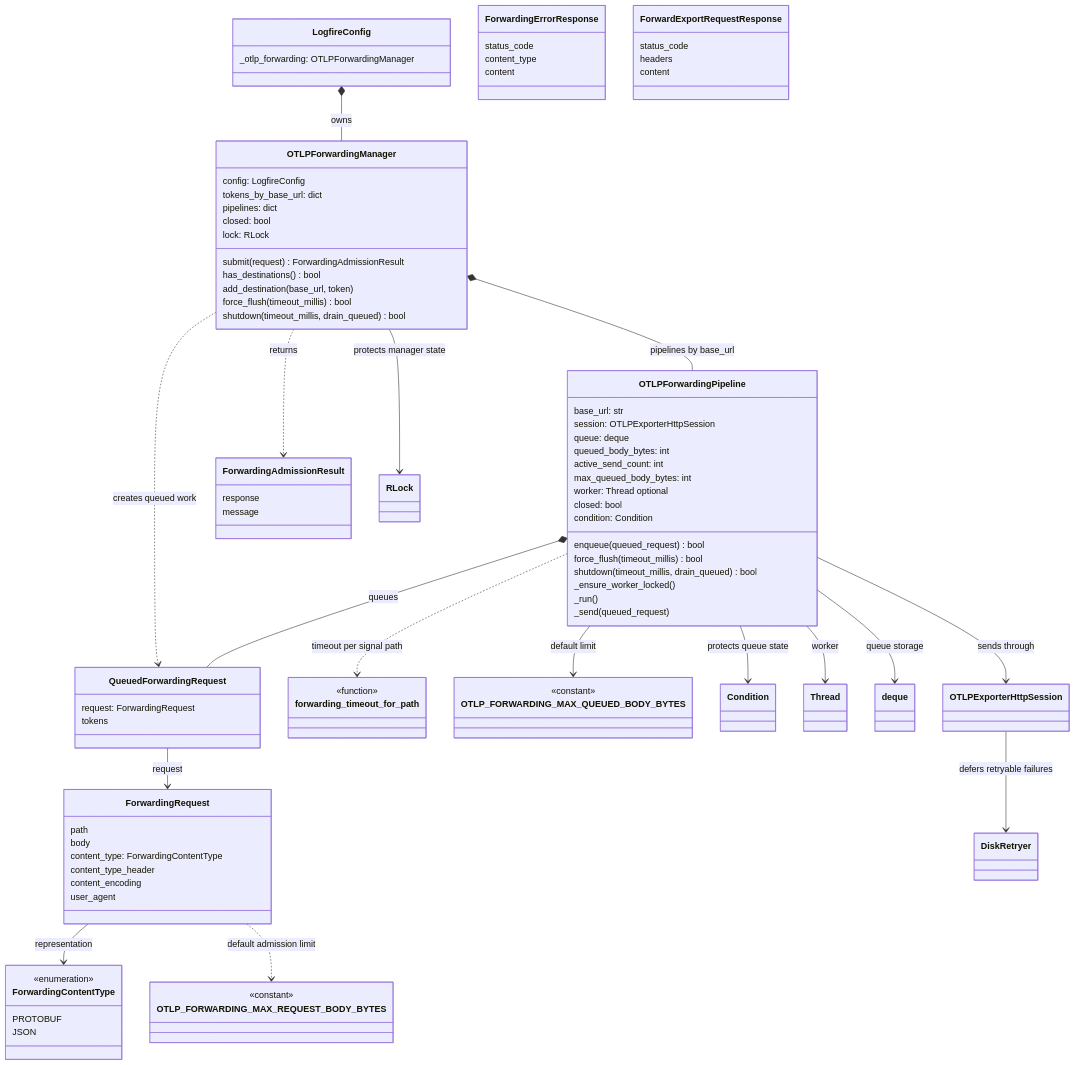
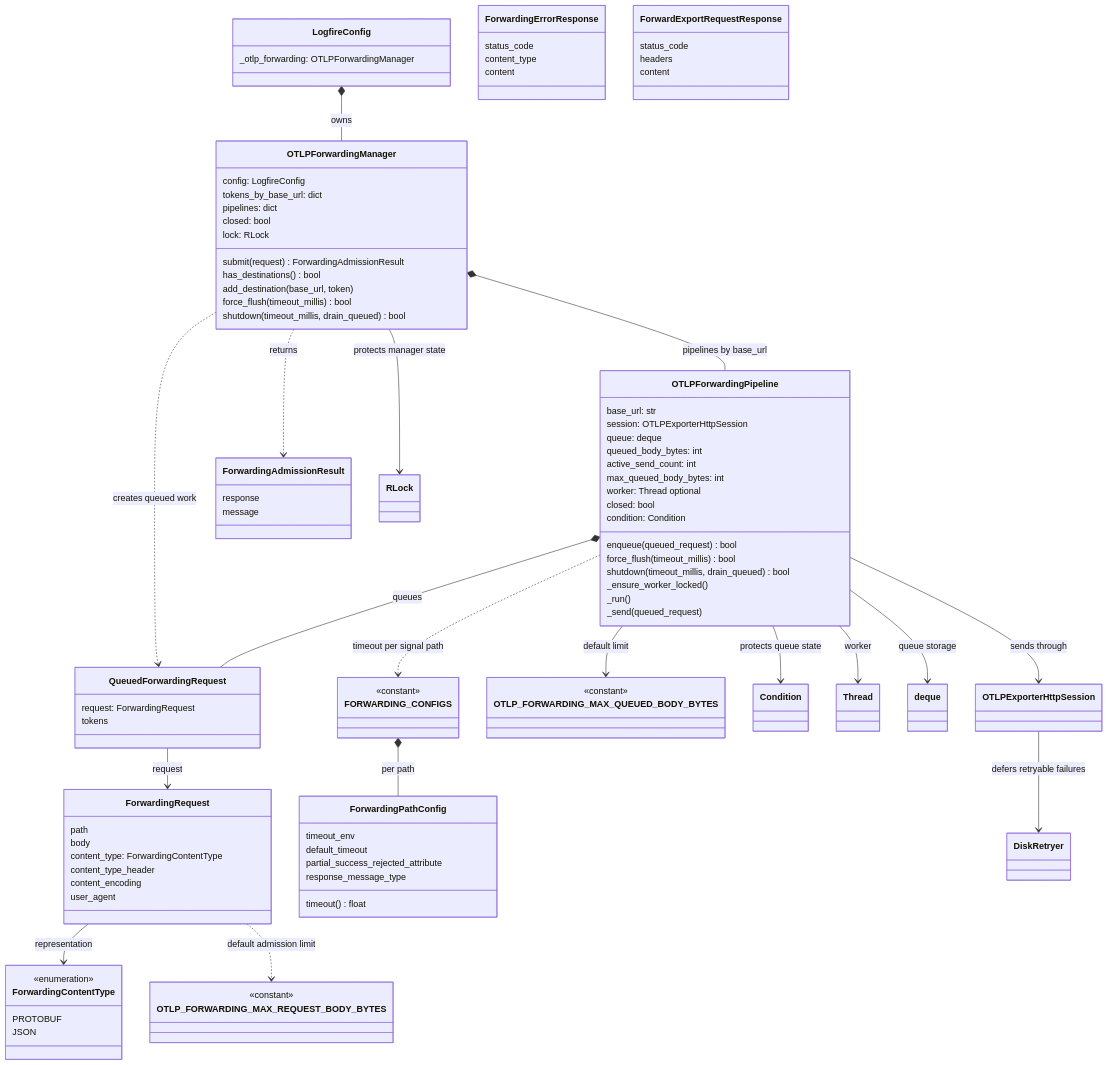
One commit to pydantic/logfire changed the third of 5 diagrams in specs/browser-telemetry-forwarding-first-pass/diagrams.md. Above: the diagram before and after it, drawn with Mermaid. The commit also changed other lines of this file and 2 other files, not shown here.

Commit message:
Update forwarding specs for deferred docs

```diff
--- a/specs/browser-telemetry-forwarding-first-pass/diagrams.md
+++ b/specs/browser-telemetry-forwarding-first-pass/diagrams.md
@@ -133,8 +133,16 @@
         content
     }
 
-    class forwarding_timeout_for_path {
-        <<function>>
+    class ForwardingPathConfig {
+        timeout_env
+        default_timeout
+        partial_success_rejected_attribute
+        response_message_type
+        timeout() float
+    }
+
+    class FORWARDING_CONFIGS {
+        <<constant>>
     }
 
     class ForwardExportRequestResponse {
@@ -164,7 +172,8 @@
     OTLPForwardingManager ..> QueuedForwardingRequest : creates queued work
     OTLPForwardingManager ..> ForwardingAdmissionResult : returns
     OTLPForwardingPipeline --> OTLPExporterHttpSession : sends through
-    OTLPForwardingPipeline ..> forwarding_timeout_for_path : timeout per signal path
+    OTLPForwardingPipeline ..> FORWARDING_CONFIGS : timeout per signal path
+    FORWARDING_CONFIGS *-- ForwardingPathConfig : per path
     OTLPExporterHttpSession --> DiskRetryer : defers retryable failures
     OTLPForwardingPipeline --> Condition : protects queue state
     OTLPForwardingPipeline --> Thread : worker
```
